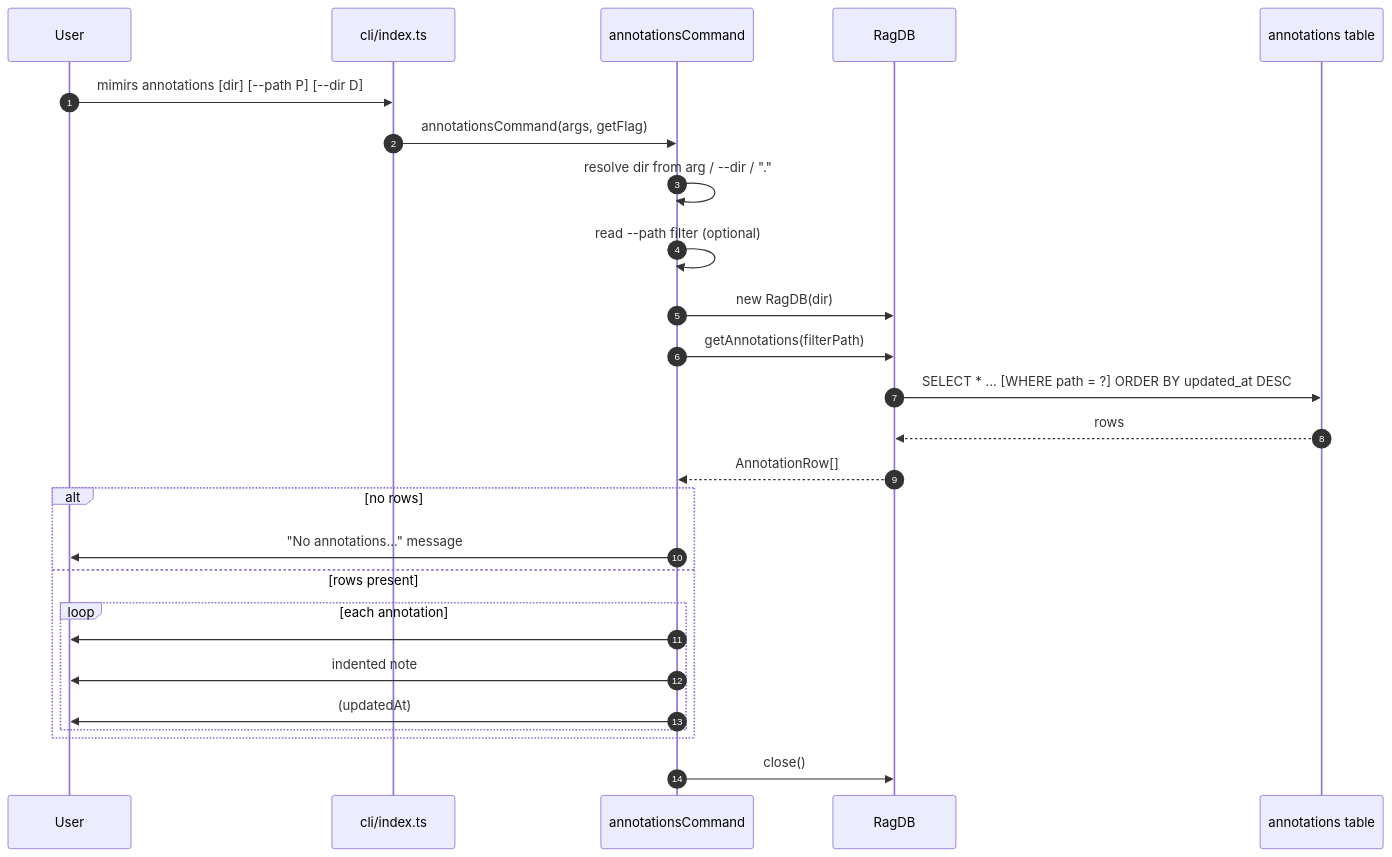
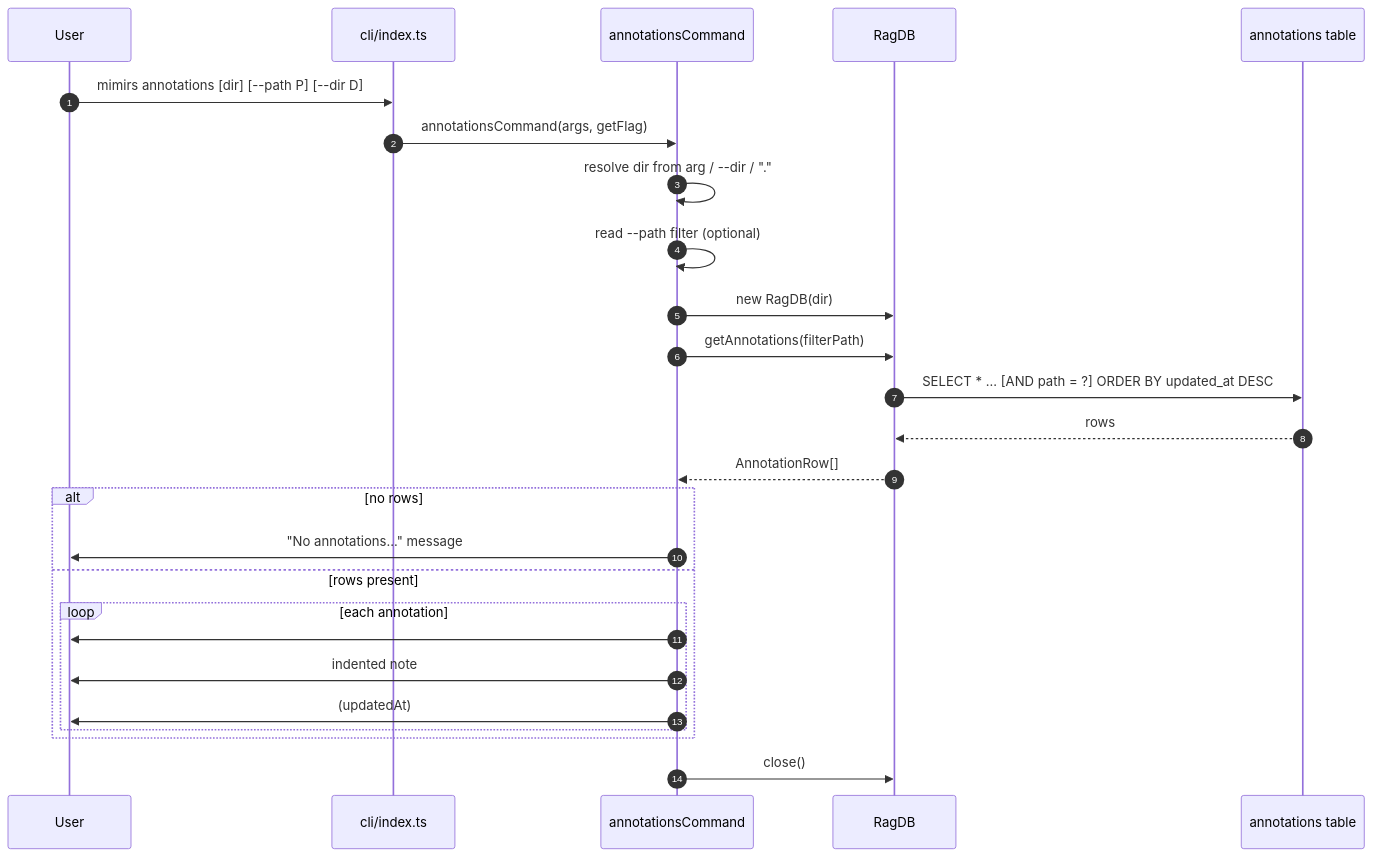
The diagram in wiki/cli/annotations.md (TheWinci/mimirs), drawn with Mermaid before and after one commit. The commit also changed other lines of this file and 55 other files, not shown here.

````diff
--- a/wiki/cli/annotations.md
+++ b/wiki/cli/annotations.md
@@ -11,28 +11,28 @@
 ```mermaid
 sequenceDiagram
   autonumber
   participant User
   participant Dispatch as cli/index.ts
   participant Cmd as annotationsCommand
   participant DB as RagDB
   participant SQLite as annotations table
   User->>Dispatch: mimirs annotations [dir] [--path P] [--dir D]
   Dispatch->>Cmd: annotationsCommand(args, getFlag)
   Cmd->>Cmd: resolve dir from arg / --dir / "."
   Cmd->>Cmd: read --path filter (optional)
   Cmd->>DB: new RagDB(dir)
   Cmd->>DB: getAnnotations(filterPath)
-  DB->>SQLite: SELECT * ... [WHERE path = ?] ORDER BY updated_at DESC
+  DB->>SQLite: SELECT * ... [AND path = ?] ORDER BY updated_at DESC
   SQLite-->>DB: rows
   DB-->>Cmd: AnnotationRow[]
   alt no rows
     Cmd->>User: "No annotations..." message
   else rows present
     loop each annotation
       Cmd->>User: #id  target [author]
       Cmd->>User: indented note
       Cmd->>User: (updatedAt)
     end
   end
   Cmd->>DB: close()
 ```
````
